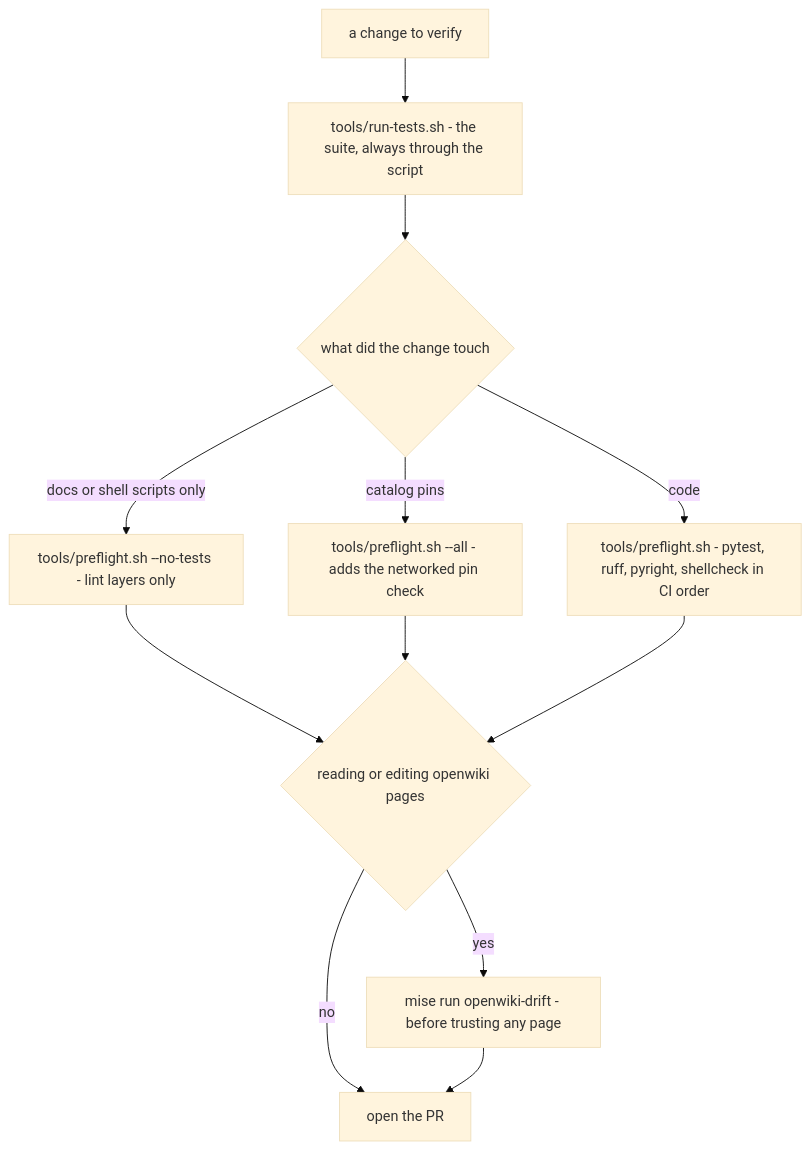
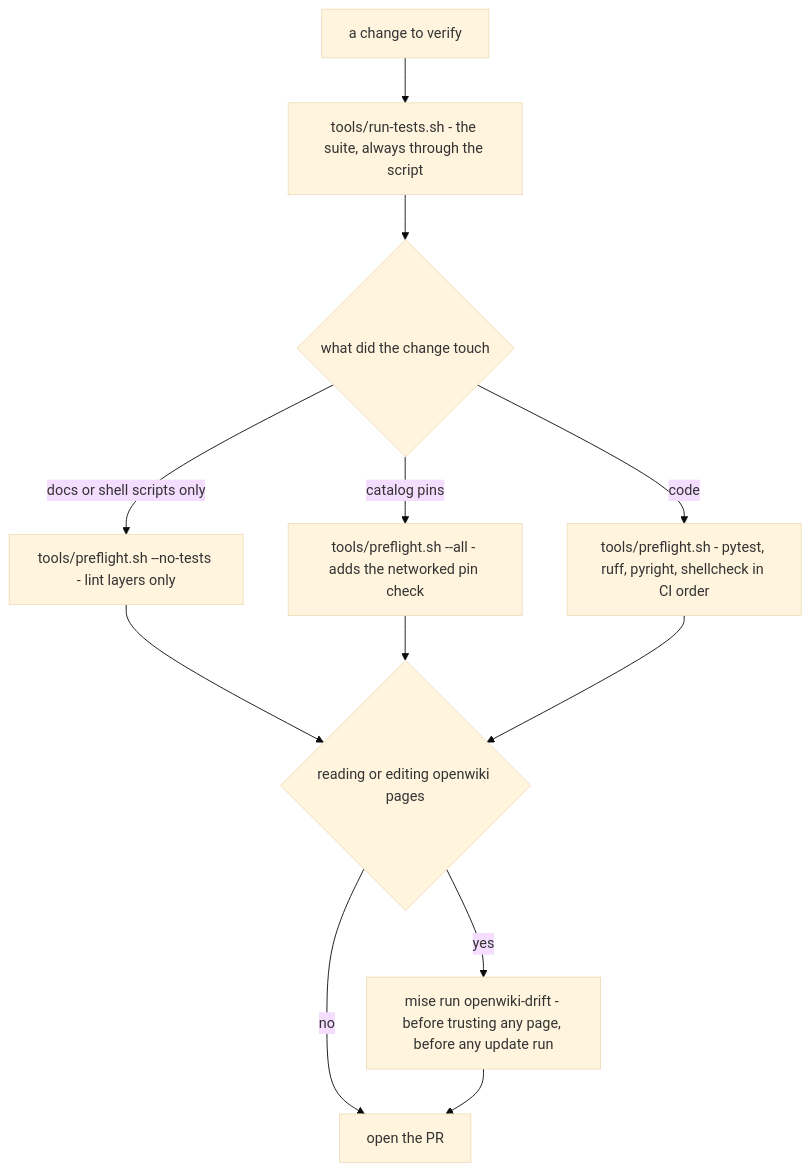
Before and after one commit to drmikecrowe/harnessed: the diagram in openwiki/quickstart.md, drawn with Mermaid (base theme). The commit also changed other lines of this file and 44 other files, not shown here.

````diff
--- a/openwiki/quickstart.md
+++ b/openwiki/quickstart.md
@@ -240,14 +270,14 @@
 ```mermaid
 flowchart TD
     change["a change to verify"] --> suite["tools/run-tests.sh - the suite, always through the script"]
     suite --> what{"what did the change touch"}
     what -->|"docs or shell scripts only"| lintonly["tools/preflight.sh --no-tests - lint layers only"]
     what -->|"catalog pins"| allgates["tools/preflight.sh --all - adds the networked pin check"]
     what -->|"code"| pre["tools/preflight.sh - pytest, ruff, pyright, shellcheck in CI order"]
     lintonly --> wiki{"reading or editing openwiki pages"}
     allgates --> wiki
     pre --> wiki
-    wiki -->|"yes"| drift["mise run openwiki-drift - before trusting any page"]
+    wiki -->|"yes"| drift["mise run openwiki-drift - before trusting any page, before any update run"]
     wiki -->|"no"| pr["open the PR"]
     drift --> pr
 ```
````
